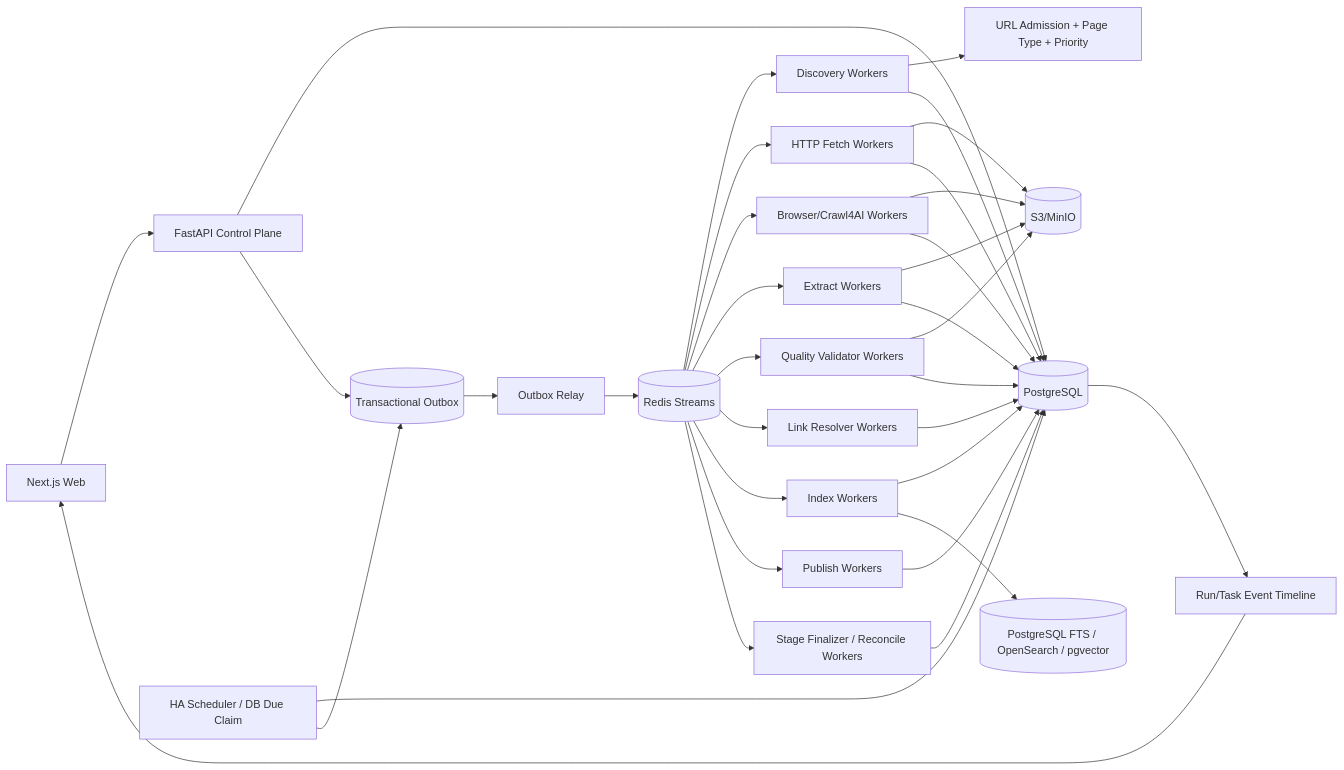
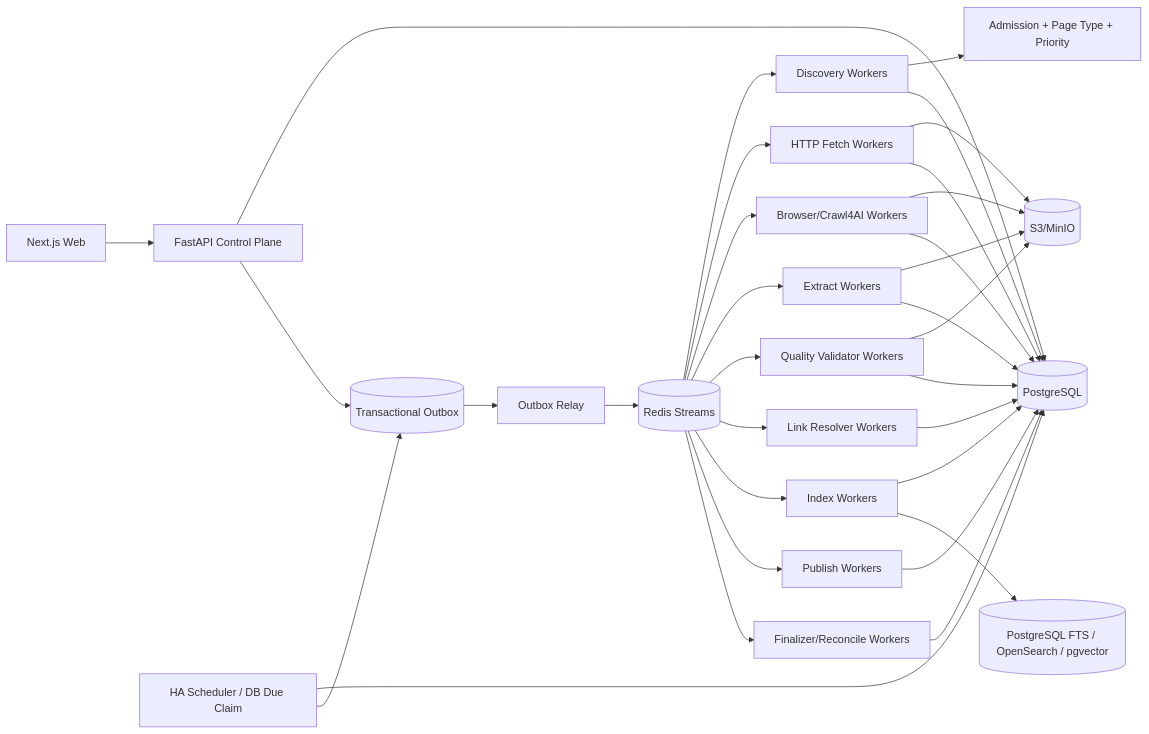
One commit to WorkerXu/my-doc changed the diagram in 博客知识库技术方案.md. Above: the diagram before and after it, drawn with Mermaid. The commit also changed other lines of this file, not shown here.

````diff
--- a/博客知识库技术方案.md
+++ b/博客知识库技术方案.md
@@ -51,41 +39,39 @@
 ```mermaid
 flowchart LR
     UI[Next.js Web] --> API[FastAPI Control Plane]
     API --> PG[(PostgreSQL)]
     API --> OUT[(Transactional Outbox)]
 
-    SCHED[HA Scheduler / DB Due Claim] --> PG
-    SCHED --> OUT
+    SCH[HA Scheduler / DB Due Claim] --> PG
+    SCH --> OUT
     OUT --> RELAY[Outbox Relay]
     RELAY --> Q[(Redis Streams)]
 
     Q --> DW[Discovery Workers]
     Q --> HF[HTTP Fetch Workers]
     Q --> BW[Browser/Crawl4AI Workers]
     Q --> EX[Extract Workers]
-    Q --> QW[Quality Validator Workers]
-    Q --> LW[Link Resolver Workers]
-    Q --> IW[Index Workers]
-    Q --> PW[Publish Workers]
-    Q --> FIN[Stage Finalizer / Reconcile Workers]
+    Q --> QV[Quality Validator Workers]
+    Q --> LR[Link Resolver Workers]
+    Q --> IX[Index Workers]
+    Q --> PB[Publish Workers]
+    Q --> FIN[Finalizer/Reconcile Workers]
 
-    DW --> GATE[URL Admission + Page Type + Priority]
+    DW --> GATE[Admission + Page Type + Priority]
     HF --> OBJ[(S3/MinIO)]
     BW --> OBJ
     EX --> OBJ
-    QW --> OBJ
+    QV --> OBJ
 
     DW --> PG
     HF --> PG
     BW --> PG
     EX --> PG
-    QW --> PG
-    LW --> PG
-    IW --> PG
-    PW --> PG
+    QV --> PG
+    LR --> PG
+    IX --> PG
+    PB --> PG
     FIN --> PG
 
-    IW --> SEARCH[(PostgreSQL FTS / OpenSearch / pgvector)]
-    PG --> EVT[Run/Task Event Timeline]
-    EVT --> UI
+    IX --> SEARCH[(PostgreSQL FTS / OpenSearch / pgvector)]
 ```
````
